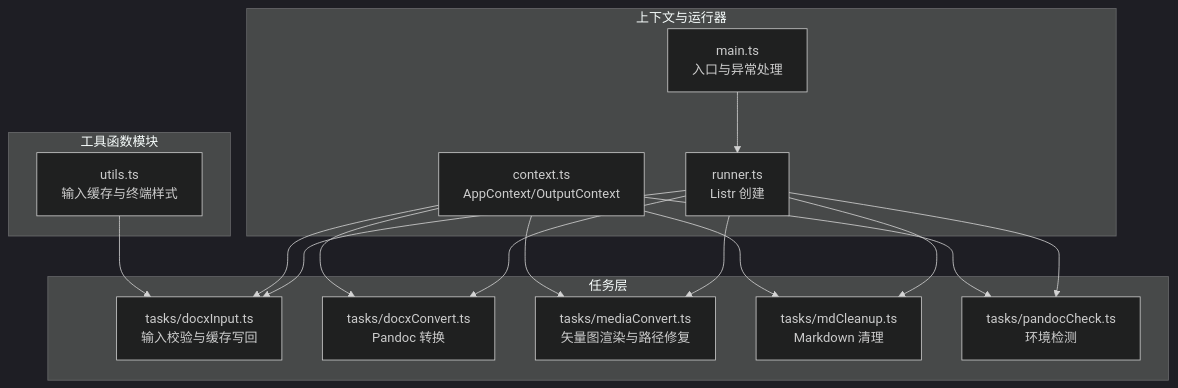
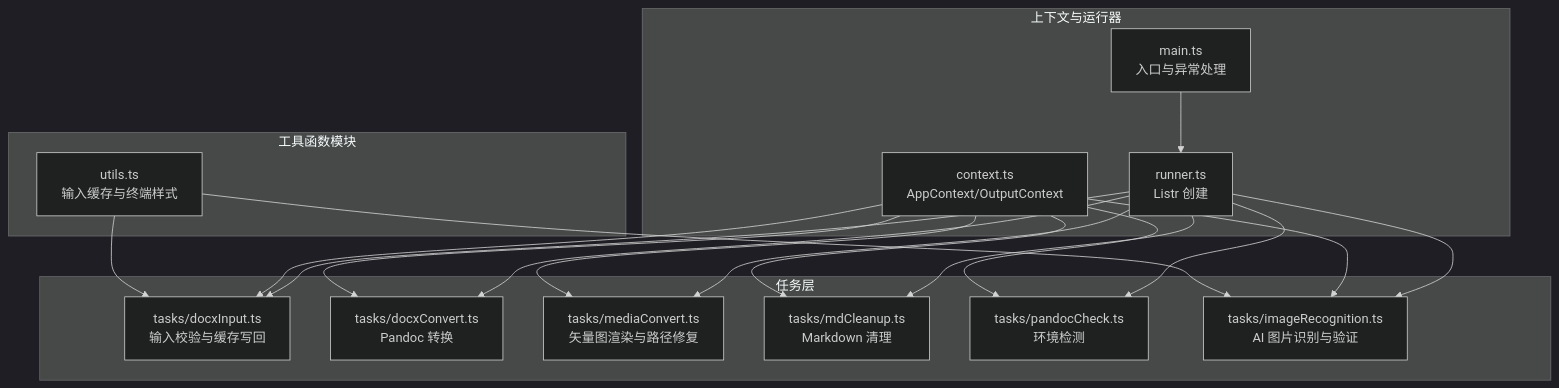
Before and after one commit to hllshiro/doc2md-cli: the first of 6 diagrams in .qoder/repowiki/zh/content/工具函数模块.md, drawn with Mermaid (dark theme). The commit also changed other lines of this file and 3 other files, not shown here.

````diff
--- a/.qoder/repowiki/zh/content/工具函数模块.md
+++ b/.qoder/repowiki/zh/content/工具函数模块.md
@@ -35,30 +45,34 @@
 ```mermaid
 graph TB
 subgraph "工具函数模块"
 U["utils.ts<br/>输入缓存与终端样式"]
 end
 subgraph "任务层"
 T1["tasks/docxInput.ts<br/>输入校验与缓存写回"]
 T2["tasks/docxConvert.ts<br/>Pandoc 转换"]
 T3["tasks/mediaConvert.ts<br/>矢量图渲染与路径修复"]
 T4["tasks/mdCleanup.ts<br/>Markdown 清理"]
 T5["tasks/pandocCheck.ts<br/>环境检测"]
+T6["tasks/imageRecognition.ts<br/>AI 图片识别与验证"]
 end
 subgraph "上下文与运行器"
 C["context.ts<br/>AppContext/OutputContext"]
 R["runner.ts<br/>Listr 创建"]
 M["main.ts<br/>入口与异常处理"]
 end
 U --> T1
+U --> T6
 C --> T1
 C --> T2
 C --> T3
 C --> T4
 C --> T5
+C --> T6
 R --> T1
 R --> T2
 R --> T3
 R --> T4
 R --> T5
+R --> T6
 M --> R
 ```
````
